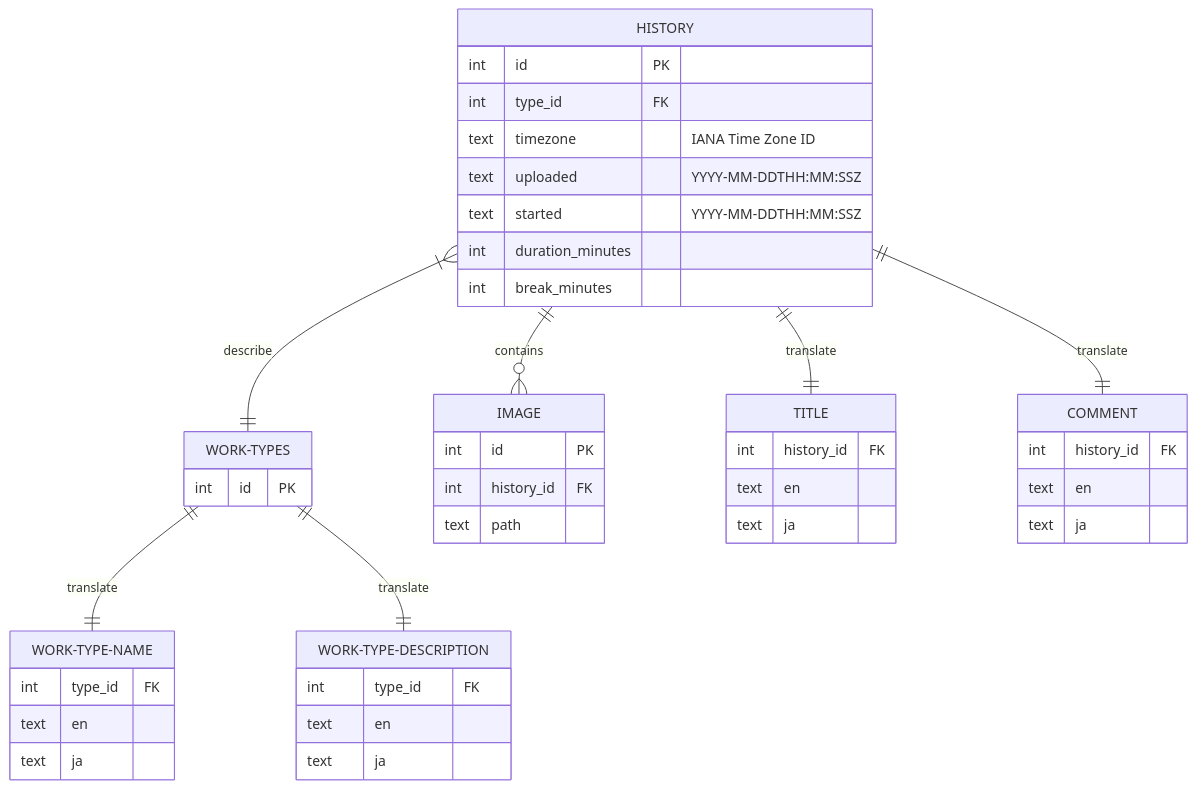
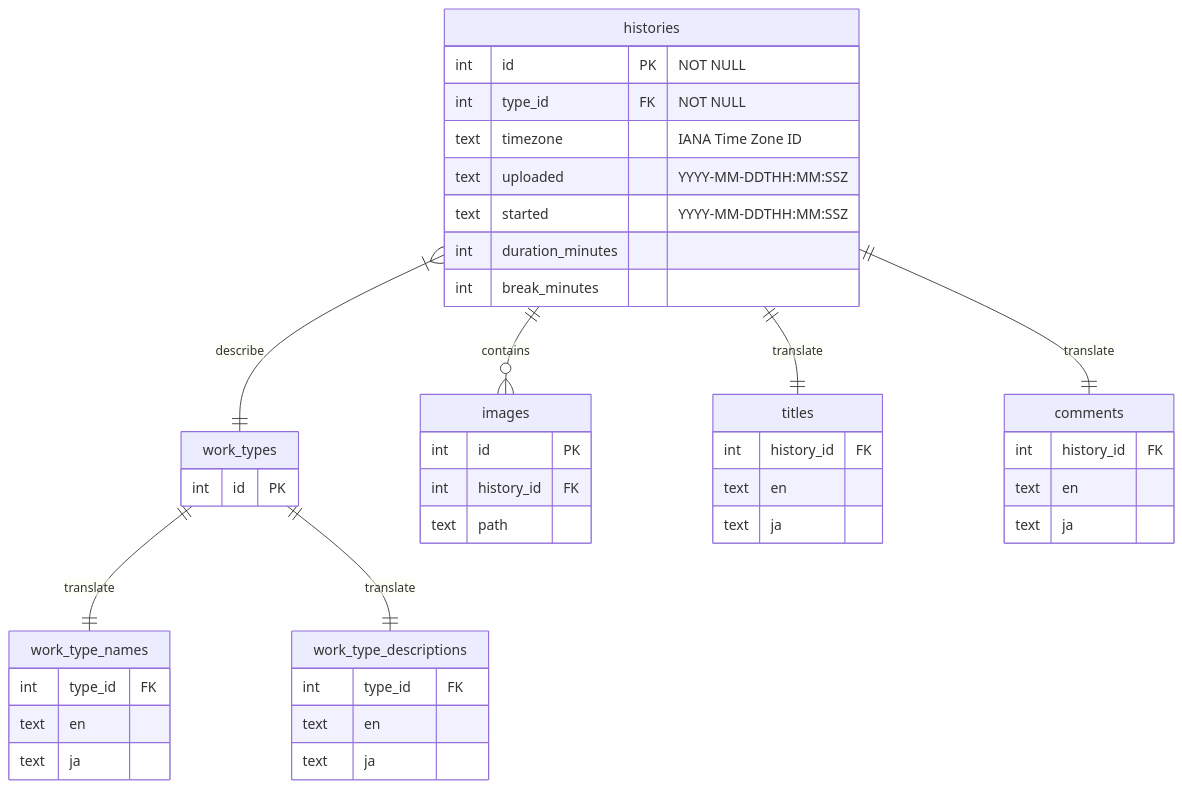
The diagram in assets/documents/database.md (kor7211/coco-work-tracker), drawn with Mermaid before and after one commit. The commit also changed 10 other files, not shown here.

````diff
--- a/assets/documents/database.md
+++ b/assets/documents/database.md
@@ -1,52 +1,52 @@
 ```mermaid
 erDiagram
-    HISTORY }|--|| WORK-TYPES : describe
-    HISTORY ||--o{ IMAGE : contains
-    HISTORY ||--|| TITLE : translate
-    HISTORY ||--|| COMMENT : translate
-    HISTORY {
-        int id PK
-        int type_id FK
+    histories }|--|| work_types : describe
+    histories ||--o{ images : contains
+    histories ||--|| titles : translate
+    histories ||--|| comments : translate
+    histories {
+        int id PK "NOT NULL"
+        int type_id FK "NOT NULL"
         text timezone "IANA Time Zone ID"
         text uploaded "YYYY-MM-DDTHH:MM:SSZ"
         text started "YYYY-MM-DDTHH:MM:SSZ"
         int duration_minutes
         int break_minutes
     }
 
-    TITLE {
+    titles {
         int history_id FK
         text en
         text ja
     }
 
-    COMMENT {
+    comments {
         int history_id FK
         text en
         text ja
     }
 
-    IMAGE {
+    images {
         int id PK
         int history_id FK
         text path
     }
-    
-    WORK-TYPES ||--|| WORK-TYPE-NAME: translate
-    WORK-TYPES ||--|| WORK-TYPE-DESCRIPTION: translate
-    WORK-TYPES {
+
+    work_types ||--|| work_type_names: translate
+    work_types ||--|| work_type_descriptions : translate
+    work_types {
         int id PK
     }
 
-    WORK-TYPE-NAME {
+    work_type_names {
         int type_id FK
         text en
         text ja
     }
 
-    WORK-TYPE-DESCRIPTION {
+    work_type_descriptions {
         int type_id FK
         text en
         text ja
     }
 ```
````
